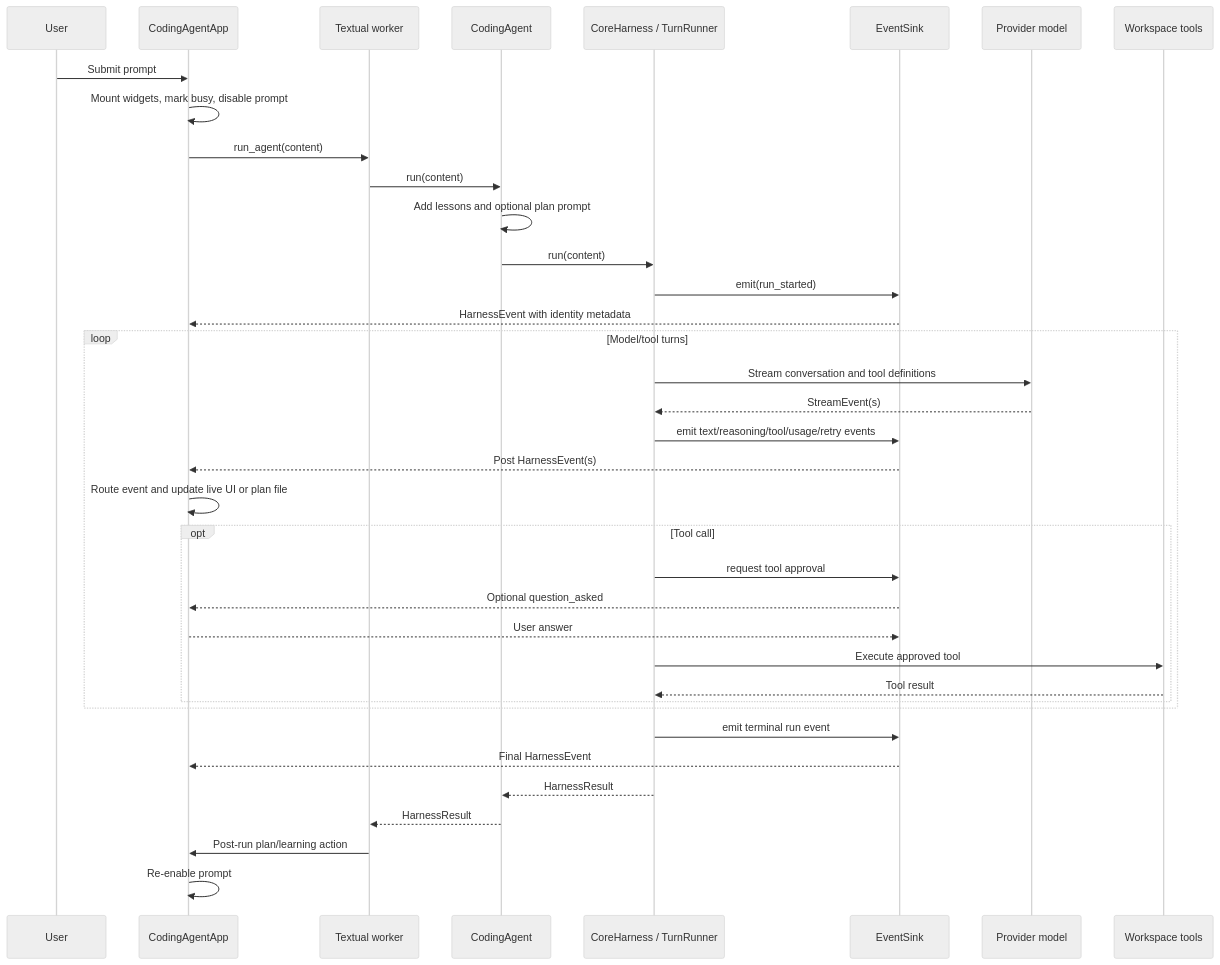
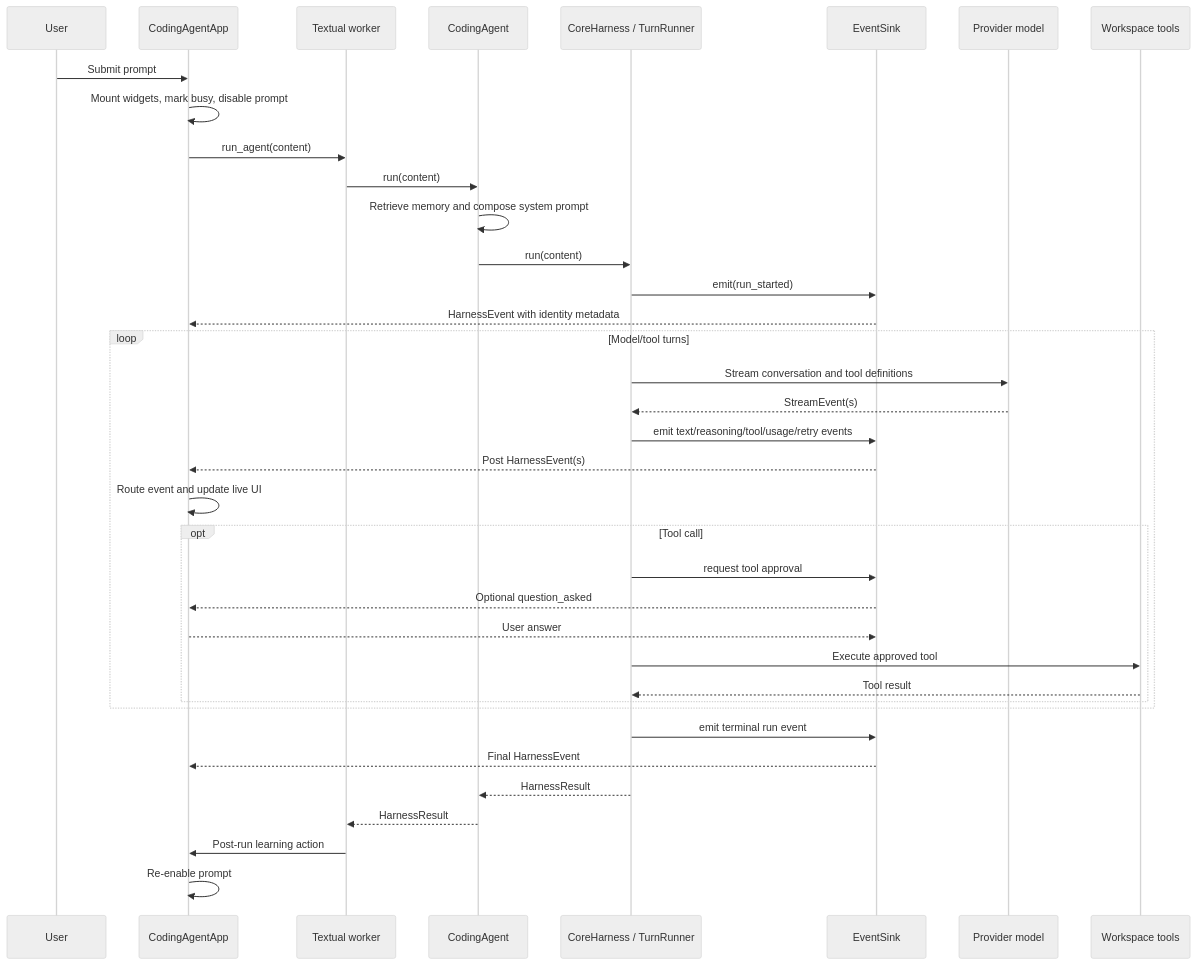
The second of 4 diagrams in coding_agent/TUI_ARCHITECTURE.md (Sarthakischauhan/symphony), drawn with Mermaid (neutral theme) before and after one commit. The commit also changed other lines of this file and 50 other files, not shown here.

````diff
--- a/coding_agent/TUI_ARCHITECTURE.md
+++ b/coding_agent/TUI_ARCHITECTURE.md
@@ -82,42 +78,42 @@
 ```mermaid
 sequenceDiagram
     participant User
     participant TUI as CodingAgentApp
     participant Worker as Textual worker
     participant Agent as CodingAgent
     participant Harness as CoreHarness / TurnRunner
     participant Plane as EventSink
     participant Model as Provider model
     participant Tools as Workspace tools
 
     User->>TUI: Submit prompt
     TUI->>TUI: Mount widgets, mark busy, disable prompt
     TUI->>Worker: run_agent(content)
     Worker->>Agent: run(content)
-    Agent->>Agent: Add lessons and optional plan prompt
+    Agent->>Agent: Retrieve memory and compose system prompt
     Agent->>Harness: run(content)
     Harness->>Plane: emit(run_started)
     Plane-->>TUI: HarnessEvent with identity metadata
 
     loop Model/tool turns
         Harness->>Model: Stream conversation and tool definitions
         Model-->>Harness: StreamEvent(s)
         Harness->>Plane: emit text/reasoning/tool/usage/retry events
         Plane-->>TUI: Post HarnessEvent(s)
-        TUI->>TUI: Route event and update live UI or plan file
+        TUI->>TUI: Route event and update live UI
         opt Tool call
             Harness->>Plane: request tool approval
             Plane-->>TUI: Optional question_asked
             TUI-->>Plane: User answer
             Harness->>Tools: Execute approved tool
             Tools-->>Harness: Tool result
         end
     end
 
     Harness->>Plane: emit terminal run event
     Plane-->>TUI: Final HarnessEvent
     Harness-->>Agent: HarnessResult
     Agent-->>Worker: HarnessResult
-    Worker->>TUI: Post-run plan/learning action
+    Worker->>TUI: Post-run learning action
     TUI->>TUI: Re-enable prompt
 ```
````
